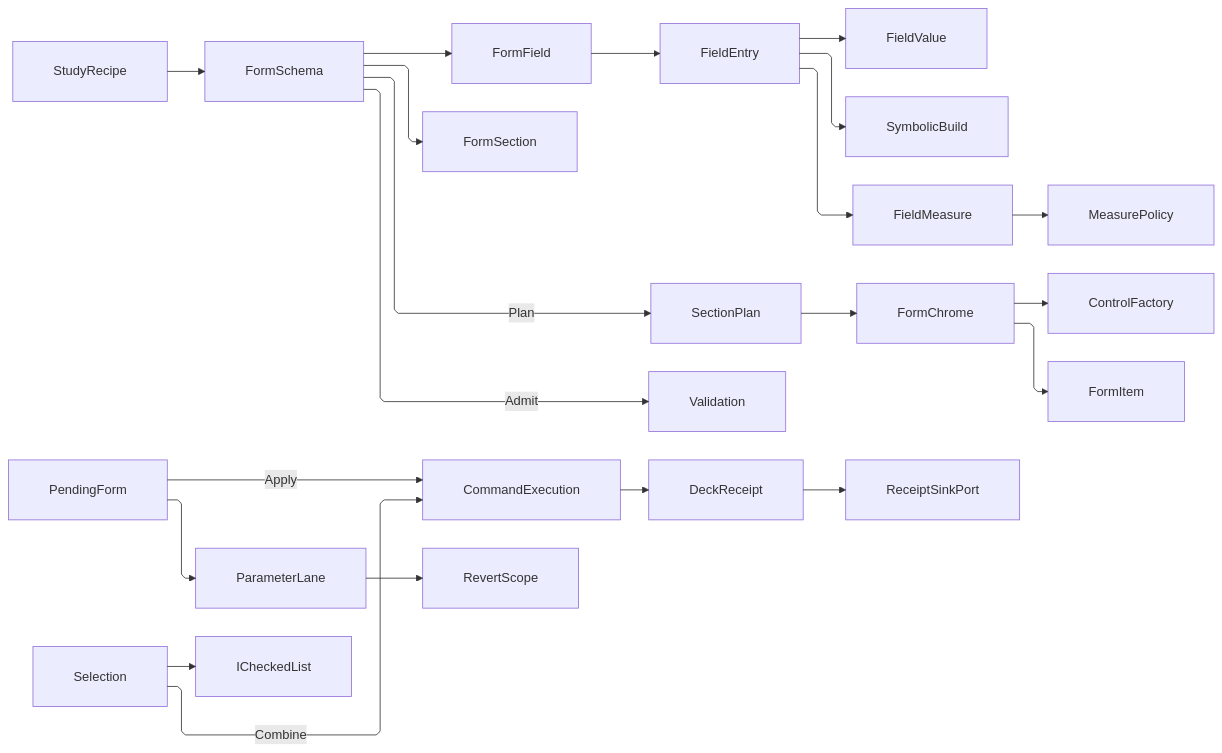
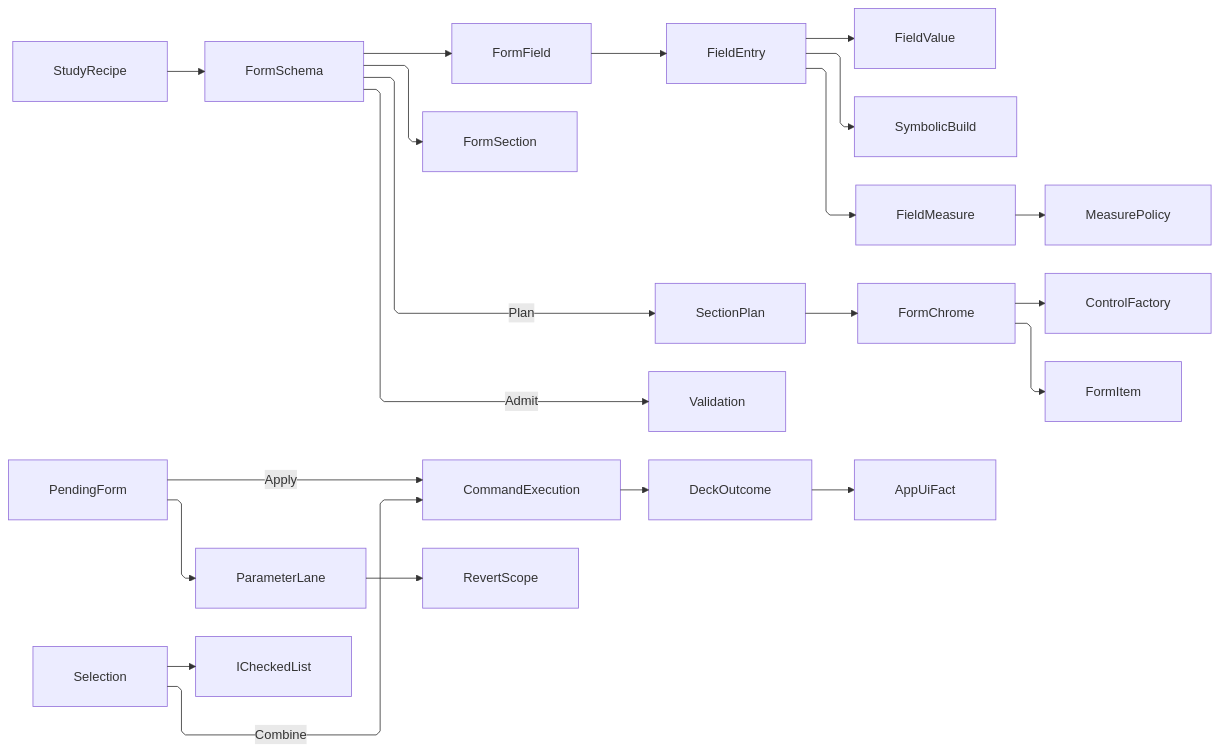
The diagram in libs/dotnet/Rasm.AppUi/.planning/Editing/forms.md (bsamiee/Rasm), drawn with Mermaid before and after one commit. The commit also changed other lines of this file and 1417 other files, not shown here.

````diff
--- a/libs/dotnet/Rasm.AppUi/.planning/Editing/forms.md
+++ b/libs/dotnet/Rasm.AppUi/.planning/Editing/forms.md
@@ -1405,32 +1407,32 @@
 ```mermaid
 ---
 config:
   layout: elk
   flowchart:
     curve: linear
     padding: 25
 ---
 flowchart LR
     accTitle: Form schema, chrome, commit, and batch ownership
-    accDescr: A schema partitions typed fields into sections that project a plan, the chrome capsule seats each plan row through the control factory into the form mechanism, the pending cell batches marked writes into one command receipt and one composite revert op, and checked selection composes one combined batch command.
+    accDescr: A schema partitions typed fields into sections that project a plan, the chrome capsule seats each plan row through the control factory into the form mechanism, the pending cell batches marked writes into one command outcome and one composite revert op, and checked selection composes one combined batch command.
     StudyRecipe --> FormSchema
     FormSchema --> FormField
     FormSchema --> FormSection
     FormField --> FieldEntry
     FieldEntry --> FieldValue
     FieldEntry --> SymbolicBuild
     FieldEntry --> FieldMeasure
     FieldMeasure --> MeasurePolicy
     FormSchema -->|Plan| SectionPlan
     SectionPlan --> FormChrome
     FormChrome --> ControlFactory
     FormChrome --> FormItem
     FormSchema -->|Admit| Validation
     PendingForm -->|Apply| CommandExecution
     PendingForm --> ParameterLane
     ParameterLane --> RevertScope
     Selection --> ICheckedList
     Selection -->|Combine| CommandExecution
-    CommandExecution --> DeckReceipt
-    DeckReceipt --> ReceiptSinkPort
+    CommandExecution --> DeckOutcome
+    DeckOutcome --> AppUiFact
 ```
````
